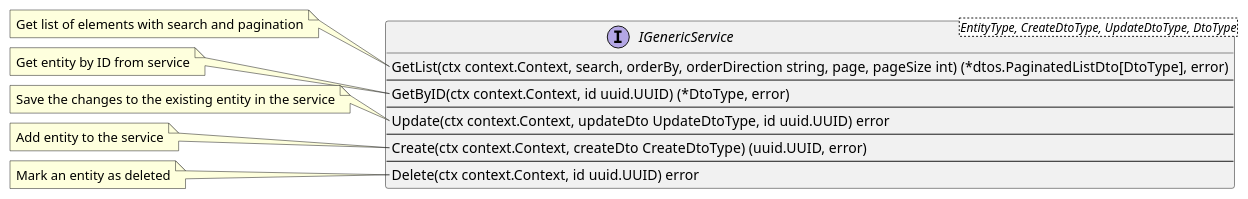
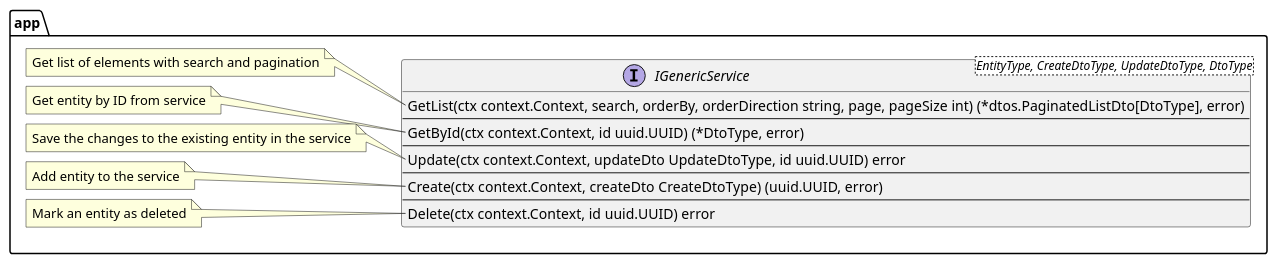
Before and after one commit to lf-edge/rol: the diagram in docs/plantuml/interfaces/IGenericService.puml, drawn with PlantUML. The commit also changed 26 other files, not shown here.

```diff
--- a/docs/plantuml/interfaces/IGenericService.puml
+++ b/docs/plantuml/interfaces/IGenericService.puml
@@ -1,29 +1,36 @@
 @startuml IGenericService
-interface IGenericService<EntityType, CreateDtoType, UpdateDtoType, DtoType> {
-    GetList(ctx context.Context, search, orderBy, orderDirection string, page, pageSize int) (*dtos.PaginatedListDto[DtoType], error)
-    --
-    GetByID(ctx context.Context, id uuid.UUID) (*DtoType, error)
-    --
-    Update(ctx context.Context, updateDto UpdateDtoType, id uuid.UUID) error
-    --
-    Create(ctx context.Context, createDto CreateDtoType) (uuid.UUID, error)
-    --
-    Delete(ctx context.Context, id uuid.UUID) error
+
+package app {
+    interface IGenericService<EntityType, CreateDtoType, UpdateDtoType, DtoType> {
+        GetList(ctx context.Context, search, orderBy, orderDirection string, page, pageSize int) (*dtos.PaginatedListDto[DtoType], error)
+        --
+        GetById(ctx context.Context, id uuid.UUID) (*DtoType, error)
+        --
+        Update(ctx context.Context, updateDto UpdateDtoType, id uuid.UUID) error
+        --
+        Create(ctx context.Context, createDto CreateDtoType) (uuid.UUID, error)
+        --
+        Delete(ctx context.Context, id uuid.UUID) error
+    }
+    note left of IGenericService::GetList
+        Get list of elements with search and pagination
+    end note
+
+    note left of IGenericService::GetById
+        Get entity by ID from service
+    end note
+
+    note left of IGenericService::Update
+        Save the changes to the existing entity in the service
+    end note
+
+    note left of IGenericService::Create
+        Add entity to the service
+    end note
+
+    note left of IGenericService::Delete
+        Mark an entity as deleted
+    end note
 }
-note left of IGenericService::GetList
-    Get list of elements with search and pagination
-end note
-note left of IGenericService::GetByID
-    Get entity by ID from service
-end note
-note left of IGenericService::Update
-    Save the changes to the existing entity in the service
-end note
-note left of IGenericService::Create
-    Add entity to the service
-end note
-note left of IGenericService::Delete
-    Mark an entity as deleted
-end note
 
 @enduml
```
